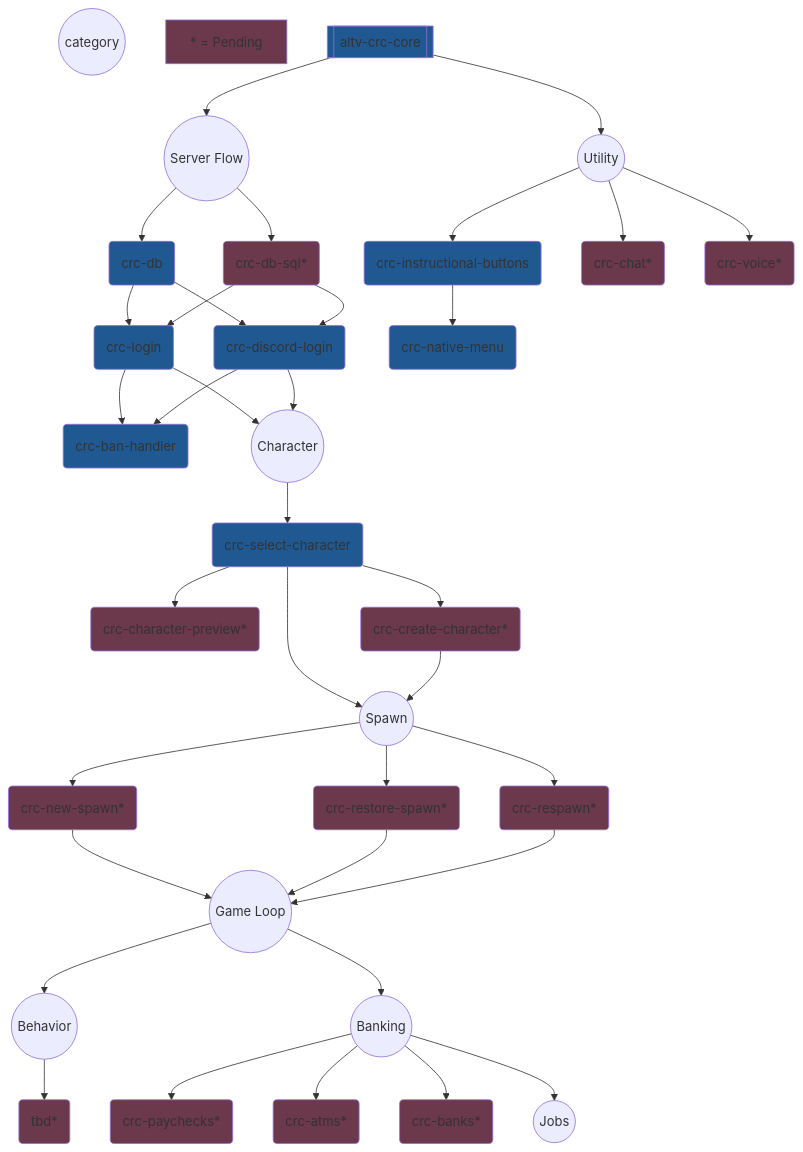
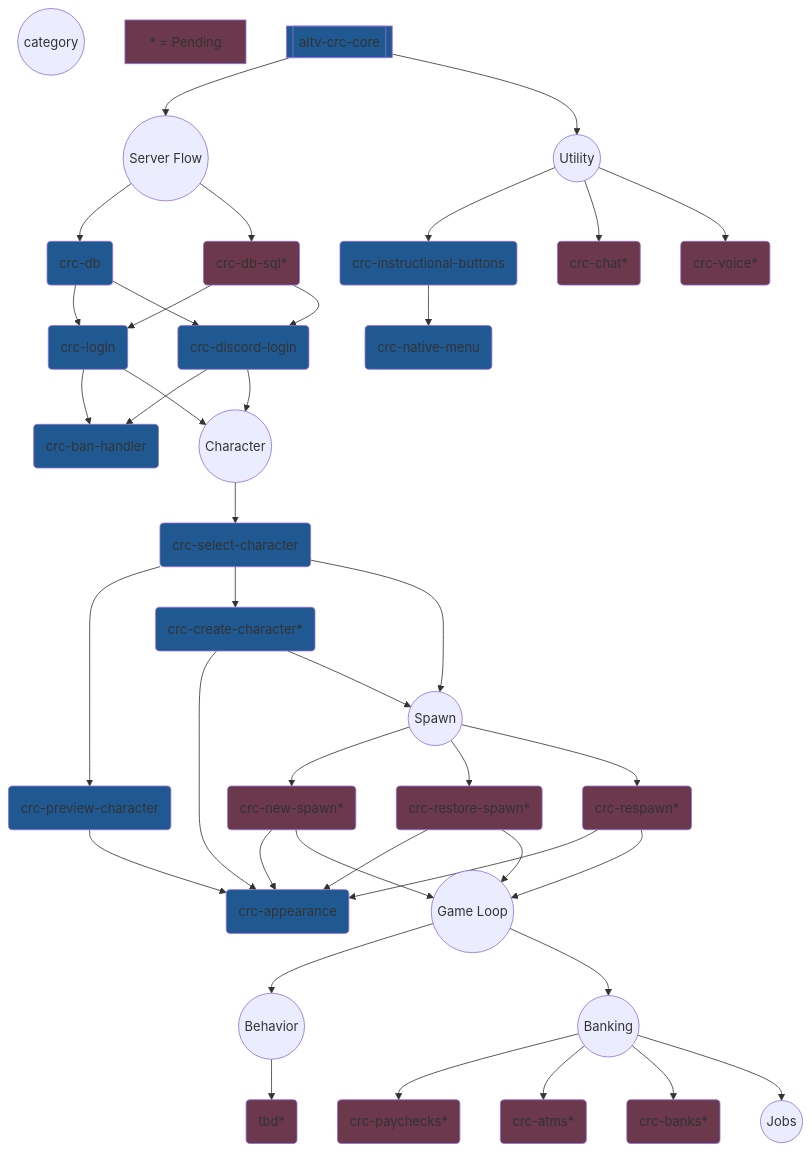
The diagram in profile/README.md (altv-crc/.github), drawn with Mermaid before and after one commit.

```diff
--- a/profile/README.md
+++ b/profile/README.md
@@ -74,12 +74,19 @@
     crc_login --> cat_character
     crc_discord_login --> cat_character
     
+    %% Appearance
+    crc_appearance(crc-appearance):::ready
+    crc_char_create --> crc_appearance
+    crc_restore_spawn --> crc_appearance
+    crc_new_spawn --> crc_appearance
+    crc_char_preview --> crc_appearance
+    crc_respawn --> crc_appearance
 
     %% Character
     cat_character((Character))
     cat_character --> crc_char_select(crc-select-character):::ready
-    crc_char_select --> crc_char_preview(crc-character-preview*):::pending
-    crc_char_select --> crc_char_create(crc-create-character*):::pending
+    crc_char_select --> crc_char_preview(crc-preview-character):::ready
+    crc_char_select --> crc_char_create(crc-create-character*):::ready
     crc_char_select --> cat_spawn
     crc_char_create --> cat_spawn
 
```
